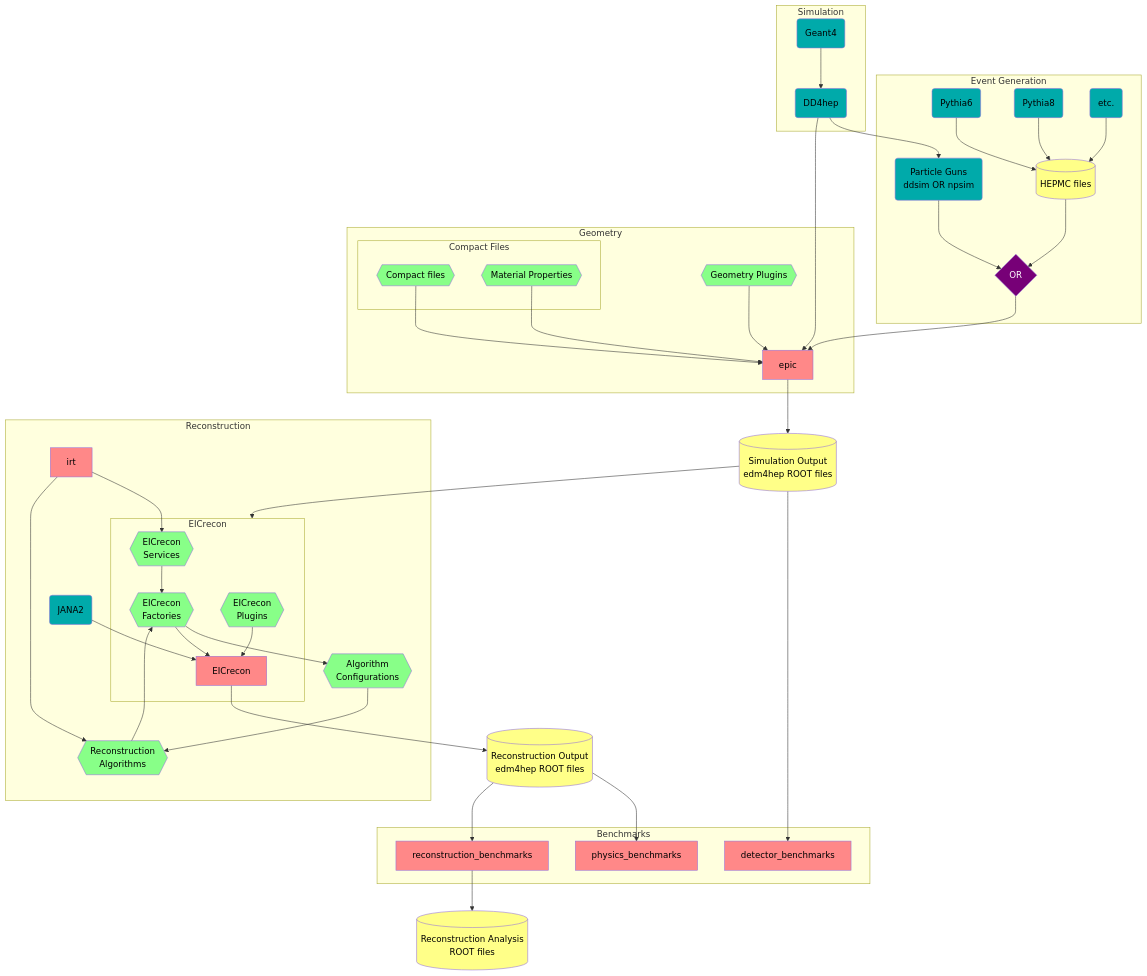
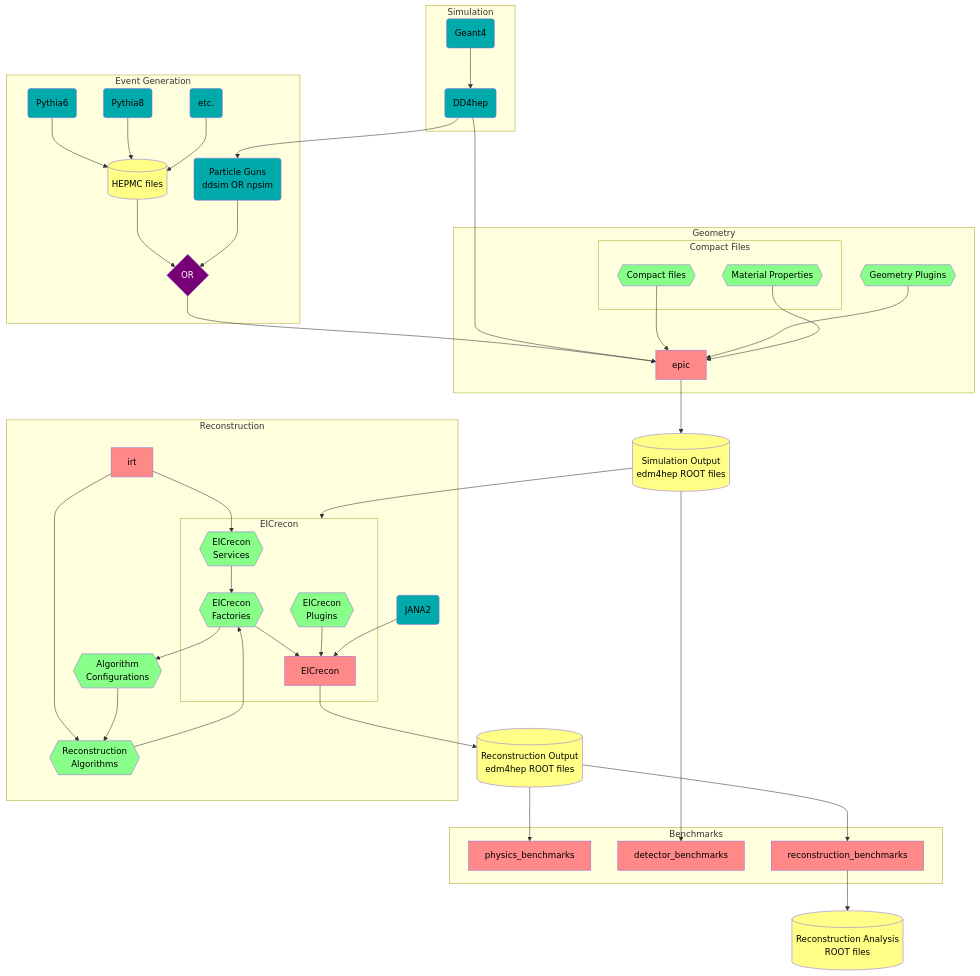
Before and after one commit to eic/drich-dev: the third of 3 diagrams in README.md, drawn with Mermaid. The commit also changed other lines of this file, not shown here.

````diff
--- a/README.md
+++ b/README.md
@@ -228,81 +228,81 @@
 ```mermaid
 flowchart TB
   classDef epic fill:#ff8888,color:black
   classDef dep fill:#00aaaa,color:black
   classDef obj fill:#88ff88,color:black
   classDef data fill:#ffff88,color:black
   classDef op fill:#770077,color:white
 
   subgraph Event Generation
     Pythia6(Pythia6):::dep
     Pythia8(Pythia8):::dep
     OtherGen(etc.):::dep
     Hepmc[(HEPMC files)]:::data
     Gun(Particle Guns<br/>ddsim OR npsim):::dep
     GenOR{OR}:::op
   end
   Pythia6  --> Hepmc
   Pythia8  --> Hepmc
   OtherGen --> Hepmc
   Hepmc    --> GenOR
   Gun      --> GenOR
 
   subgraph Simulation
     DD4hep(DD4hep):::dep
     Geant(Geant4):::dep
   end
   Geant --> DD4hep
 
   subgraph Geometry
     Epic[epic]:::epic
     subgraph Compact Files
       DDCompact{{Compact files}}:::obj
       DDMat{{Material Properties}}:::obj
     end
     DDPlugin{{Geometry Plugins}}:::obj
   end
   SimOut[(Simulation Output<br/>edm4hep ROOT files)]:::data
   DD4hep    --> Gun
   GenOR     --> Epic
   DD4hep    --> Epic
   DDCompact --> Epic
   DDPlugin  --> Epic
   DDMat     --> Epic
   Epic      --> SimOut
 
   subgraph Reconstruction
     JANA(JANA2):::dep
     IRT[irt]:::epic
     RecoAlgorithms{{Reconstruction<br/>Algorithms}}:::obj
     RecoAlgorithmConfigs{{Algorithm<br/>Configurations}}:::obj
     subgraph EICrecon
       EICreconPlugins{{EICrecon<br/>Plugins}}:::obj
       EICreconFactories{{EICrecon<br/>Factories}}:::obj
       EICreconServices{{EICrecon<br/>Services}}:::obj
       EICreconRepo[EICrecon]:::epic
     end
   end
   RecOut[(Reconstruction Output<br/>edm4hep ROOT files)]:::data
   SimOut               ---> EICrecon
-  JANA                 -->  EICreconRepo
   IRT                  -->  EICreconServices
   IRT                  -->  RecoAlgorithms
   RecoAlgorithmConfigs -->  RecoAlgorithms
   EICreconServices     -->  EICreconFactories
   RecoAlgorithms       -->  EICreconFactories
   EICreconFactories    -->  RecoAlgorithmConfigs
   EICreconFactories    -->  EICreconRepo
   EICreconPlugins      -->  EICreconRepo
+  JANA                 -->  EICreconRepo
   EICreconRepo         -->  RecOut
 
   subgraph Benchmarks
     PhysicsBenchmarks[physics_benchmarks]:::epic
     DetectorBenchmarks[detector_benchmarks]:::epic
     ReconstructionBenchmarks[reconstruction_benchmarks]:::epic
   end
   AnaOut[(Reconstruction Analysis<br/>ROOT files)]:::data
   SimOut --> DetectorBenchmarks
   RecOut --> PhysicsBenchmarks
   RecOut --> ReconstructionBenchmarks --> AnaOut
 
 ```
````
